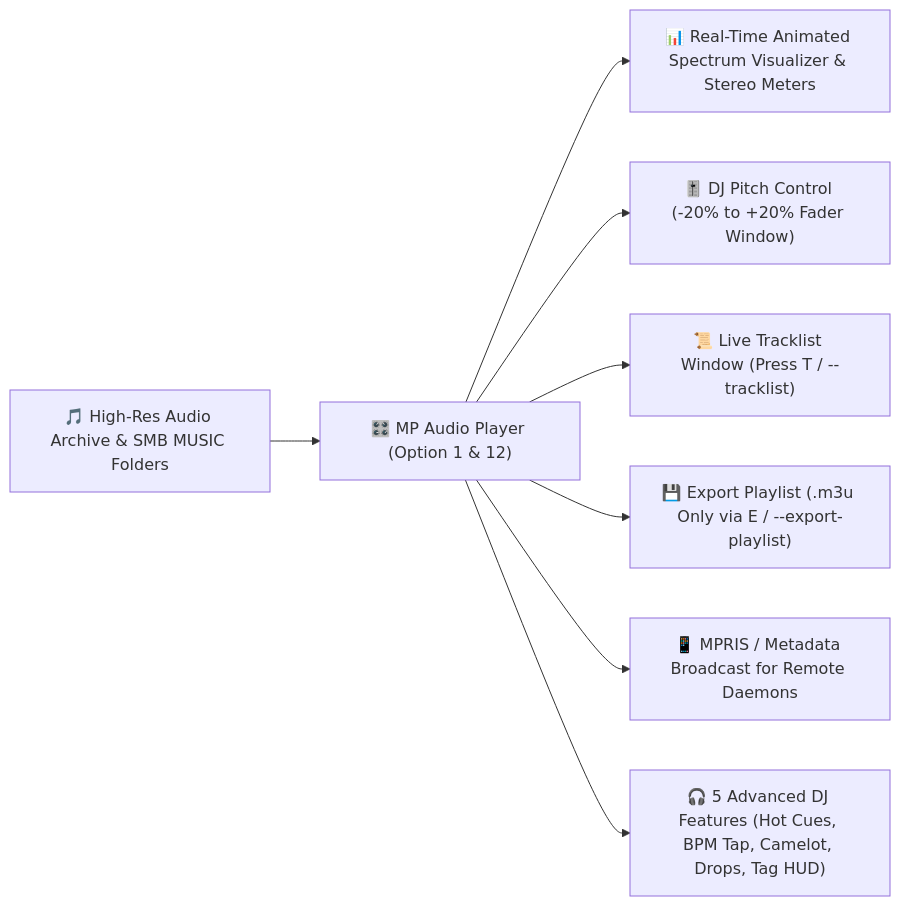
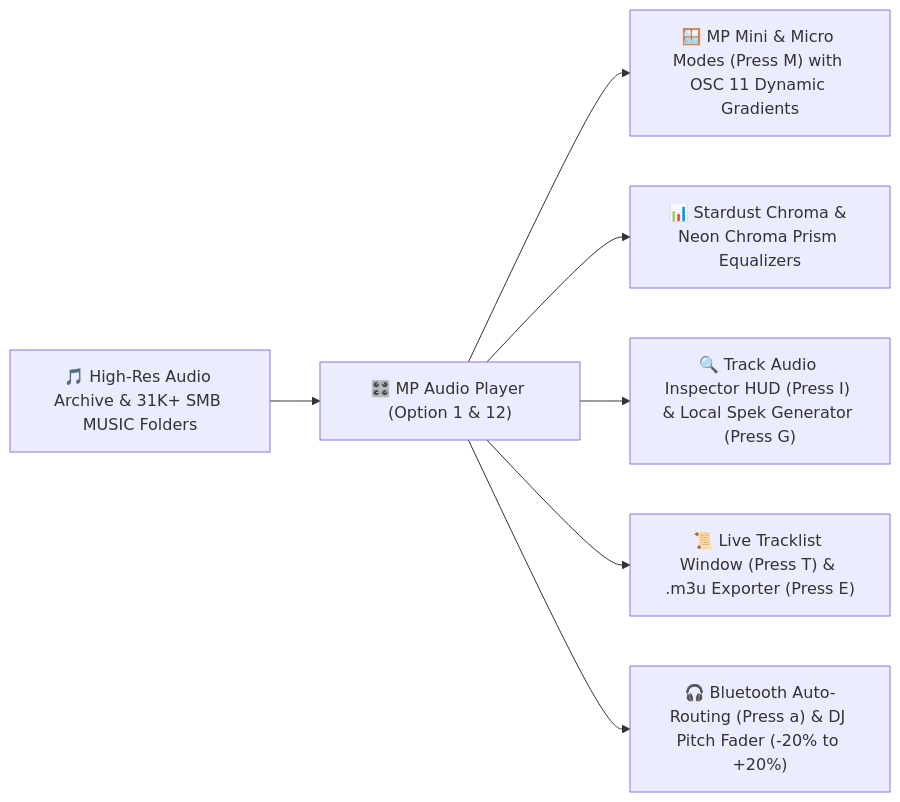
The second of 11 diagrams in README.md (MPlanetarian/MPMixManager_v0.4-x64), drawn with Mermaid before and after one commit. The commit also changed other lines of this file and 5 other files, not shown here.

Commit message:
feat(player): add global M (open player window) and Space (toggle playback) shortcuts across manager

````diff
--- a/README.md
+++ b/README.md
@@ -96,10 +118,9 @@
 ```mermaid
 flowchart LR
-    A["🎵 High-Res Audio Archive & SMB MUSIC Folders"] --> B["🎛️ MP Audio Player (Option 1 & 12)"]
-    B --> C["📊 Real-Time Animated Spectrum Visualizer & Stereo Meters"]
-    B --> D["🎚️ DJ Pitch Control (-20% to +20% Fader Window)"]
-    B --> E["📜 Live Tracklist Window (Press T / --tracklist)"]
-    B --> F["💾 Export Playlist (.m3u Only via E / --export-playlist)"]
-    B --> G["📱 MPRIS / Metadata Broadcast for Remote Daemons"]
-    B --> H["🎧 5 Advanced DJ Features (Hot Cues, BPM Tap, Camelot, Drops, Tag HUD)"]
+    A["🎵 High-Res Audio Archive & 31K+ SMB MUSIC Folders"] --> B["🎛️ MP Audio Player (Option 1 & 12)"]
+    B --> C["🪟 MP Mini & Micro Modes (Press M) with OSC 11 Dynamic Gradients"]
+    B --> D["📊 Stardust Chroma & Neon Chroma Prism Equalizers"]
+    B --> E["🔍 Track Audio Inspector HUD (Press I) & Local Spek Generator (Press G)"]
+    B --> F["📜 Live Tracklist Window (Press T) & .m3u Exporter (Press E)"]
+    B --> G["🎧 Bluetooth Auto-Routing (Press a) & DJ Pitch Fader (-20% to +20%)"]
 ```
````
